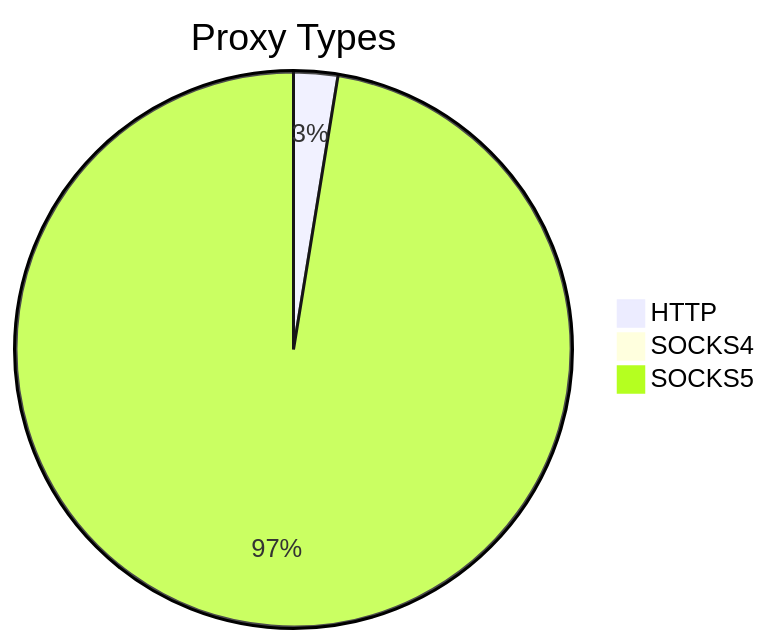
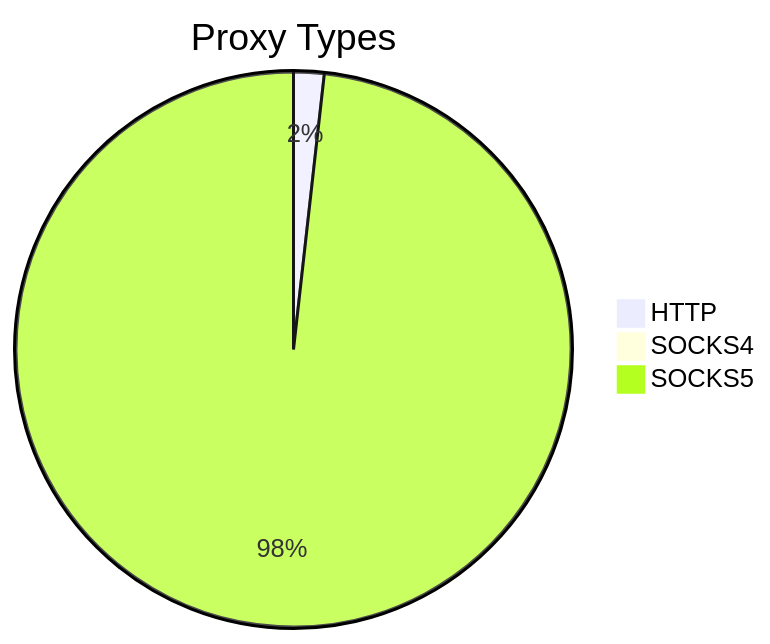
One commit to stormsia/proxy-list changed the first of 2 diagrams in README.md. Above: the diagram before and after it, drawn with Mermaid. The commit also changed other lines of this file, not shown here.

````diff
--- a/README.md
+++ b/README.md
@@ -21,6 +21,6 @@
 ```mermaid
 pie title Proxy Types
-    "HTTP" : 189
-    "SOCKS4" : 44
-    "SOCKS5" : 7170
+    "HTTP" : 157
+    "SOCKS4" : 51
+    "SOCKS5" : 8693
 ```
````
